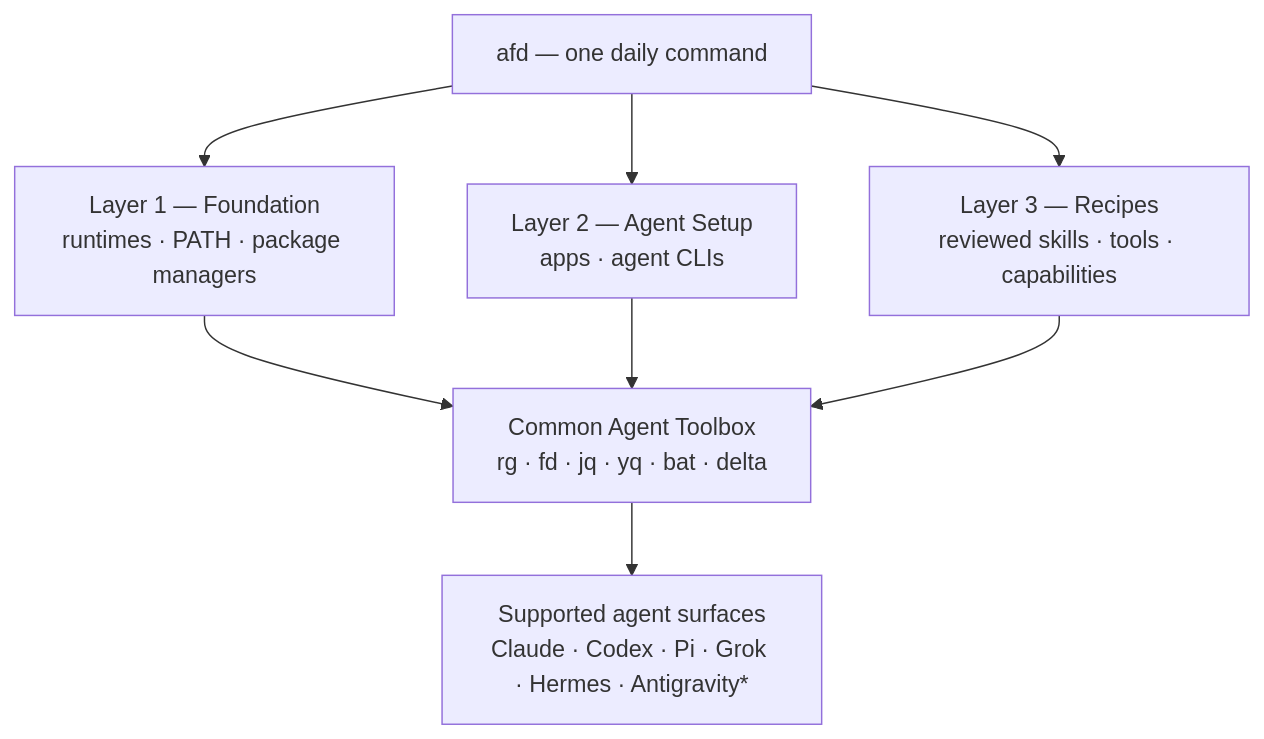
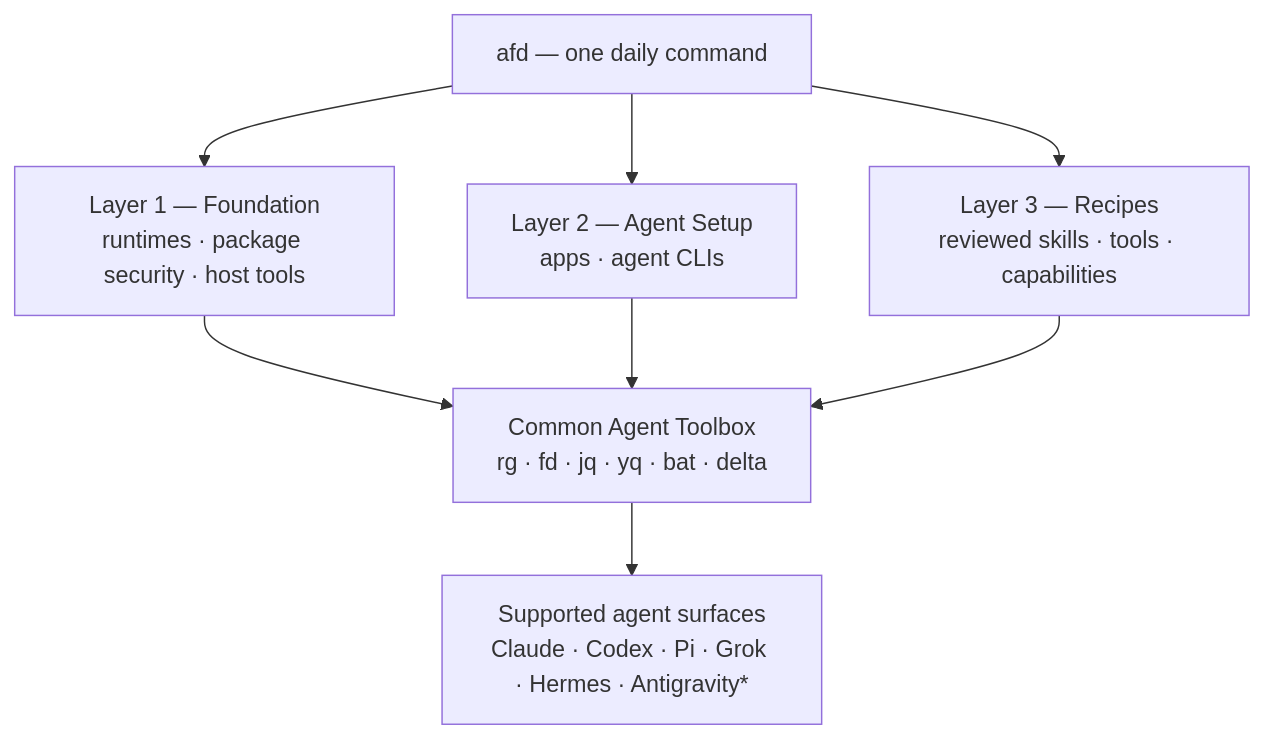
Before and after one commit to smota/ai-foundry-desk: the diagram in README.md, drawn with Mermaid. The commit also changed other lines of this file and 46 other files, not shown here.

````diff
--- a/README.md
+++ b/README.md
@@ -70,17 +70,17 @@
 ```mermaid
 flowchart TB
     A["afd — one daily command"]
-    L1["Layer 1 — Foundation<br/>runtimes · PATH · package managers"]
+    L1["Layer 1 — Foundation<br/>runtimes · package security · host tools"]
     L2["Layer 2 — Agent Setup<br/>apps · agent CLIs"]
     L3["Layer 3 — Recipes<br/>reviewed skills · tools · capabilities"]
     T["Common Agent Toolbox<br/>rg · fd · jq · yq · bat · delta"]
     G["Supported agent surfaces<br/>Claude · Codex · Pi · Grok · Hermes · Antigravity*"]
 
     A --> L1
     A --> L2
     A --> L3
     L1 --> T
     L2 --> T
     L3 --> T
     T --> G
 ```
````
